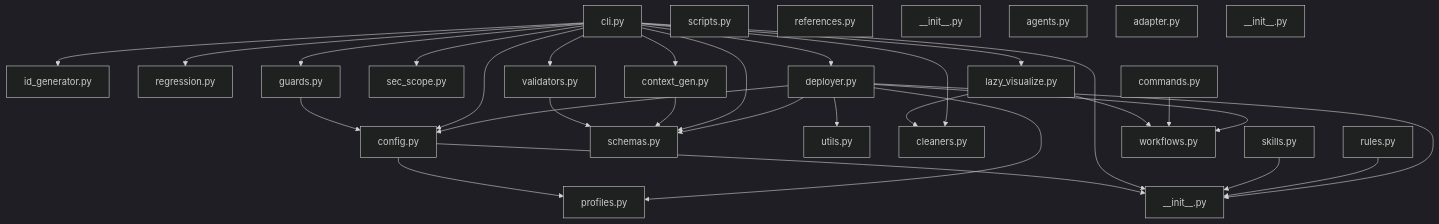
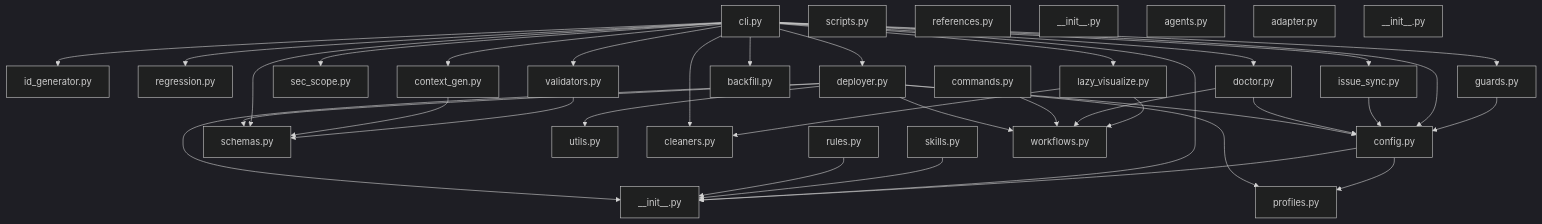
The diagram in docs/architecture/graphs/code_graph.mmd (pactkit/pactkit-src), drawn with Mermaid (dark theme) before and after one commit. The commit also changed 12 other files, not shown here.

First line of the commit message:
feat(cli): add doctor, backfill-release, issue-sync CLI commands (STORY-slim-015)

```diff
--- a/docs/architecture/graphs/code_graph.mmd
+++ b/docs/architecture/graphs/code_graph.mmd
@@ -1,79 +1,91 @@
 graph TD
     src_pactkit_id_generator_py["id_generator.py"]
     click src_pactkit_id_generator_py href "src/pactkit/id_generator.py"
     src_pactkit_regression_py["regression.py"]
     click src_pactkit_regression_py href "src/pactkit/regression.py"
     src_pactkit_config_py["config.py"]
     click src_pactkit_config_py href "src/pactkit/config.py"
     src_pactkit_guards_py["guards.py"]
     click src_pactkit_guards_py href "src/pactkit/guards.py"
     src_pactkit_sec_scope_py["sec_scope.py"]
     click src_pactkit_sec_scope_py href "src/pactkit/sec_scope.py"
     src_pactkit_validators_py["validators.py"]
     click src_pactkit_validators_py href "src/pactkit/validators.py"
     src_pactkit___init___py["__init__.py"]
     click src_pactkit___init___py href "src/pactkit/__init__.py"
     src_pactkit_lazy_visualize_py["lazy_visualize.py"]
     click src_pactkit_lazy_visualize_py href "src/pactkit/lazy_visualize.py"
     src_pactkit_context_gen_py["context_gen.py"]
     click src_pactkit_context_gen_py href "src/pactkit/context_gen.py"
     src_pactkit_schemas_py["schemas.py"]
     click src_pactkit_schemas_py href "src/pactkit/schemas.py"
     src_pactkit_cli_py["cli.py"]
     click src_pactkit_cli_py href "src/pactkit/cli.py"
+    src_pactkit_backfill_py["backfill.py"]
+    click src_pactkit_backfill_py href "src/pactkit/backfill.py"
     src_pactkit_utils_py["utils.py"]
     click src_pactkit_utils_py href "src/pactkit/utils.py"
     src_pactkit_cleaners_py["cleaners.py"]
     click src_pactkit_cleaners_py href "src/pactkit/cleaners.py"
     src_pactkit_scripts_py["scripts.py"]
     click src_pactkit_scripts_py href "src/pactkit/scripts.py"
+    src_pactkit_issue_sync_py["issue_sync.py"]
+    click src_pactkit_issue_sync_py href "src/pactkit/issue_sync.py"
+    src_pactkit_doctor_py["doctor.py"]
+    click src_pactkit_doctor_py href "src/pactkit/doctor.py"
     src_pactkit_profiles_py["profiles.py"]
     click src_pactkit_profiles_py href "src/pactkit/profiles.py"
     src_pactkit_prompts_skills_py["skills.py"]
     click src_pactkit_prompts_skills_py href "src/pactkit/prompts/skills.py"
     src_pactkit_prompts_references_py["references.py"]
     click src_pactkit_prompts_references_py href "src/pactkit/prompts/references.py"
     src_pactkit_prompts___init___py["__init__.py"]
     click src_pactkit_prompts___init___py href "src/pactkit/prompts/__init__.py"
     src_pactkit_prompts_rules_py["rules.py"]
     click src_pactkit_prompts_rules_py href "src/pactkit/prompts/rules.py"
     src_pactkit_prompts_agents_py["agents.py"]
     click src_pactkit_prompts_agents_py href "src/pactkit/prompts/agents.py"
     src_pactkit_prompts_workflows_py["workflows.py"]
     click src_pactkit_prompts_workflows_py href "src/pactkit/prompts/workflows.py"
     src_pactkit_prompts_commands_py["commands.py"]
     click src_pactkit_prompts_commands_py href "src/pactkit/prompts/commands.py"
     src_pactkit_generators_deployer_py["deployer.py"]
     click src_pactkit_generators_deployer_py href "src/pactkit/generators/deployer.py"
     src_pactkit_generators_adapter_py["adapter.py"]
     click src_pactkit_generators_adapter_py href "src/pactkit/generators/adapter.py"
     src_pactkit_generators___init___py["__init__.py"]
     click src_pactkit_generators___init___py href "src/pactkit/generators/__init__.py"
     src_pactkit_config_py --> src_pactkit___init___py
     src_pactkit_config_py --> src_pactkit_profiles_py
     src_pactkit_guards_py --> src_pactkit_config_py
     src_pactkit_validators_py --> src_pactkit_schemas_py
     src_pactkit_lazy_visualize_py --> src_pactkit_cleaners_py
     src_pactkit_lazy_visualize_py --> src_pactkit_prompts_workflows_py
     src_pactkit_context_gen_py --> src_pactkit_schemas_py
     src_pactkit_cli_py --> src_pactkit___init___py
     src_pactkit_cli_py --> src_pactkit_schemas_py
     src_pactkit_cli_py --> src_pactkit_generators_deployer_py
     src_pactkit_cli_py --> src_pactkit_guards_py
     src_pactkit_cli_py --> src_pactkit_config_py
     src_pactkit_cli_py --> src_pactkit_id_generator_py
     src_pactkit_cli_py --> src_pactkit_cleaners_py
     src_pactkit_cli_py --> src_pactkit_regression_py
     src_pactkit_cli_py --> src_pactkit_context_gen_py
     src_pactkit_cli_py --> src_pactkit_sec_scope_py
     src_pactkit_cli_py --> src_pactkit_validators_py
     src_pactkit_cli_py --> src_pactkit_lazy_visualize_py
+    src_pactkit_cli_py --> src_pactkit_doctor_py
+    src_pactkit_cli_py --> src_pactkit_backfill_py
+    src_pactkit_cli_py --> src_pactkit_issue_sync_py
+    src_pactkit_issue_sync_py --> src_pactkit_config_py
+    src_pactkit_doctor_py --> src_pactkit_config_py
+    src_pactkit_doctor_py --> src_pactkit_prompts_workflows_py
     src_pactkit_prompts_skills_py --> src_pactkit___init___py
     src_pactkit_prompts_rules_py --> src_pactkit___init___py
     src_pactkit_prompts_commands_py --> src_pactkit_prompts_workflows_py
     src_pactkit_generators_deployer_py --> src_pactkit___init___py
     src_pactkit_generators_deployer_py --> src_pactkit_config_py
     src_pactkit_generators_deployer_py --> src_pactkit_profiles_py
     src_pactkit_generators_deployer_py --> src_pactkit_utils_py
     src_pactkit_generators_deployer_py --> src_pactkit_schemas_py
     src_pactkit_generators_deployer_py --> src_pactkit_prompts_workflows_py
```
